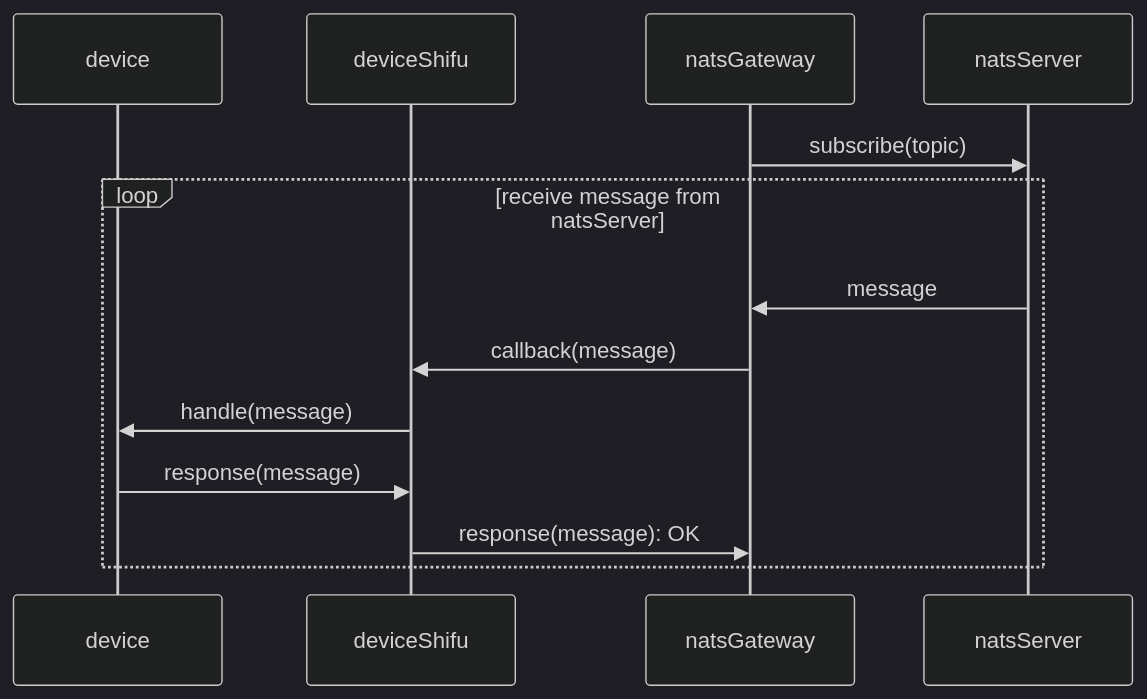
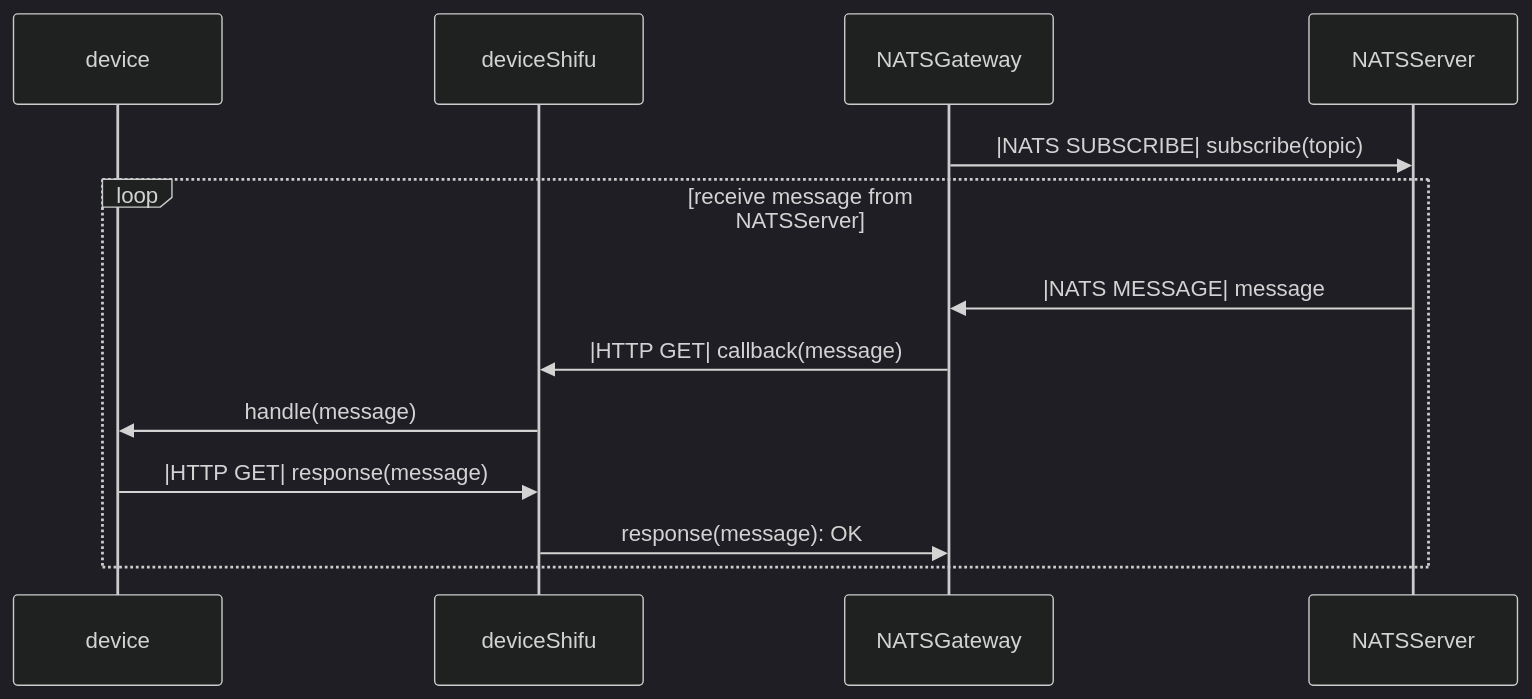
One commit to Edgenesis/shifu changed the second of 3 diagrams in docs/design/gateway/natsio-gateway.md. Above: the diagram before and after it, drawn with Mermaid (dark theme). The commit also changed other lines of this file and 11 other files, not shown here.

````diff
--- a/docs/design/gateway/natsio-gateway.md
+++ b/docs/design/gateway/natsio-gateway.md
@@ -89,17 +113,17 @@
 ```mermaid
 sequenceDiagram
     participant device
     participant deviceShifu
-    participant natsGateway
-    participant natsServer
+    participant NATSGateway
+    participant NATSServer
 
-    natsGateway->>natsServer: subscribe(topic)
-    loop receive message from natsServer
-        natsServer->>natsGateway: message
-        natsGateway->>deviceShifu: callback(message)
+    NATSGateway->>NATSServer: |NATS SUBSCRIBE| subscribe(topic)
+    loop receive message from NATSServer
+        NATSServer->>NATSGateway: |NATS MESSAGE| message
+        NATSGateway->>deviceShifu: |HTTP GET| callback(message)
         deviceShifu->>device: handle(message)
-        device->>deviceShifu: response(message)
-        deviceShifu->>natsGateway: response(message): OK
+        device->>deviceShifu: |HTTP GET| response(message)
+        deviceShifu->>NATSGateway: response(message): OK
     end
 
 ```
````
